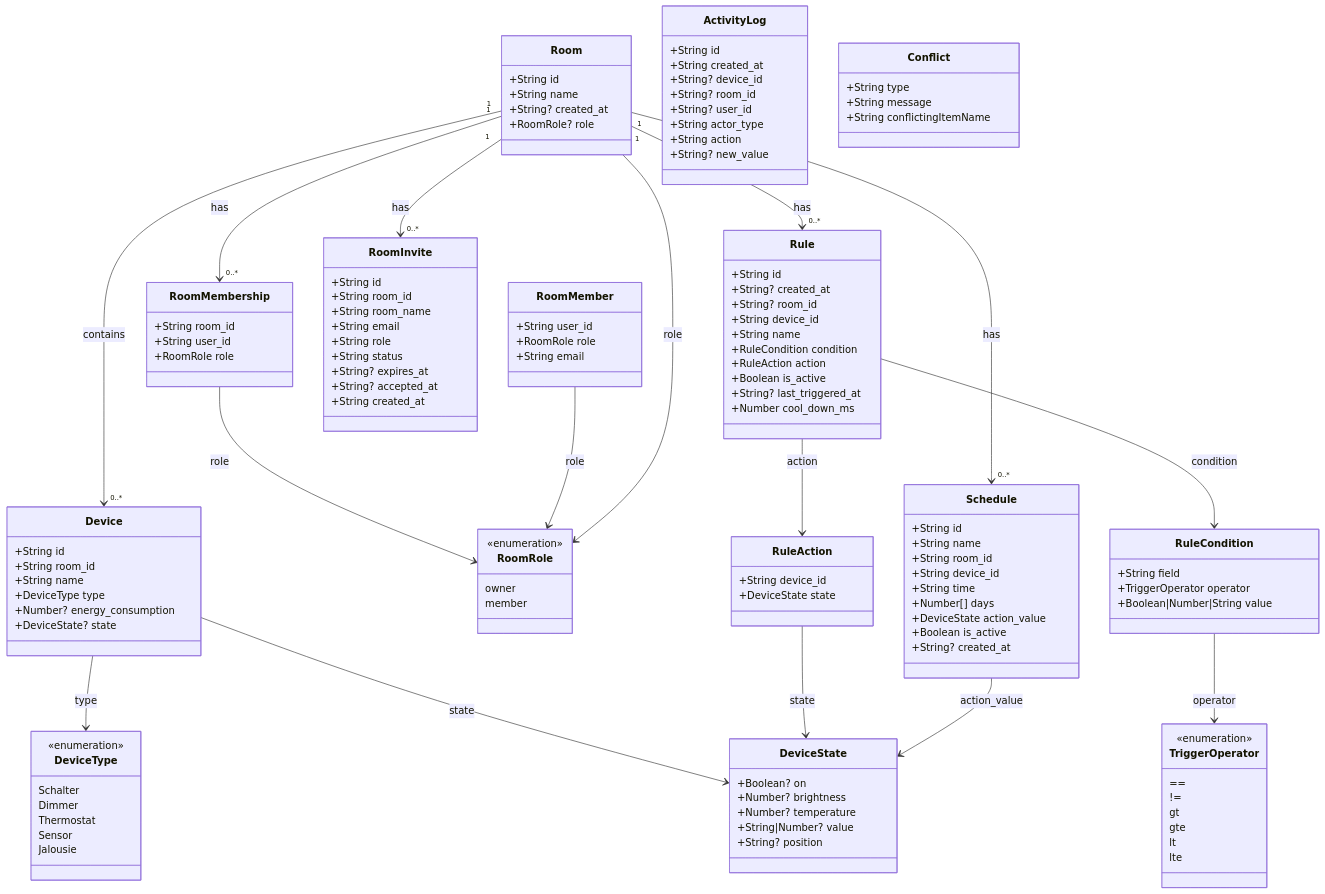
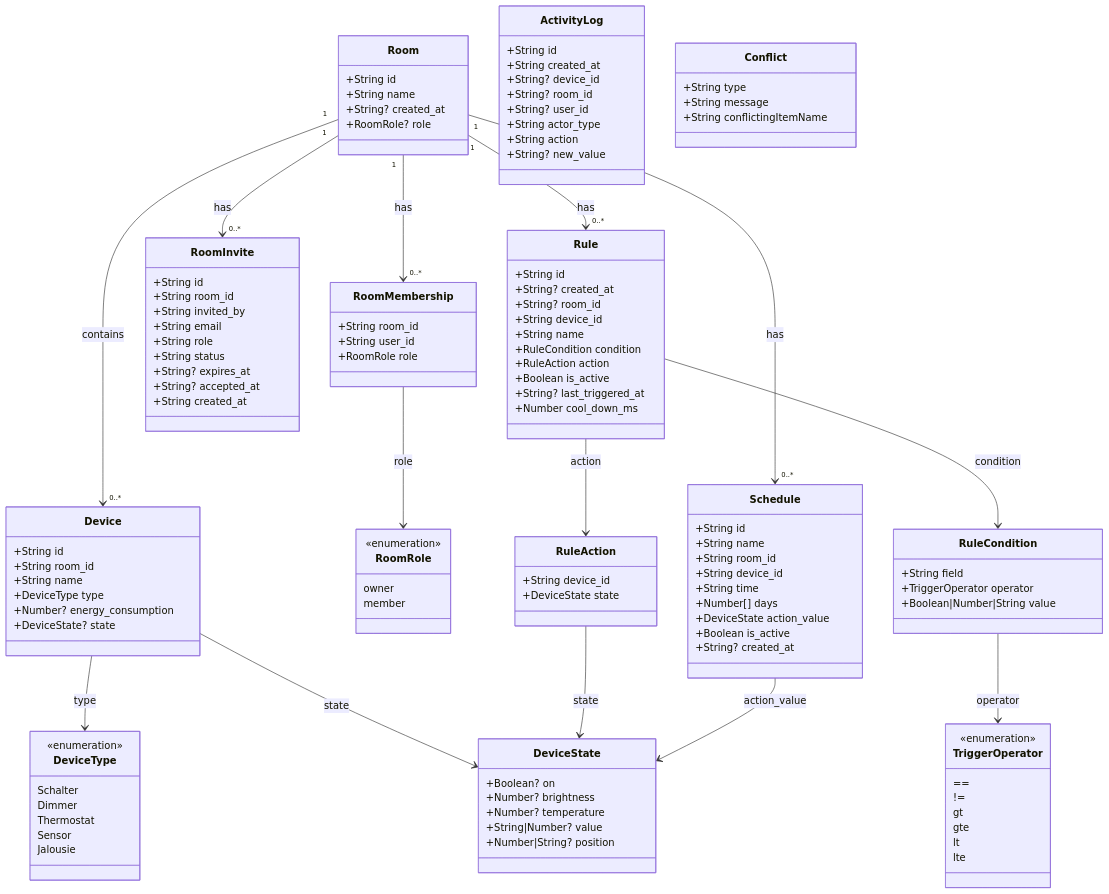
One commit to jku-win-se/teaching-2026.ss.prse.braeuer.team5 changed the fourth of 4 diagrams in docs/uml-diagram.md. Above: the diagram before and after it, drawn with Mermaid. The commit also changed other lines of this file and 37 other files, not shown here.

```diff
--- a/docs/uml-diagram.md
+++ b/docs/uml-diagram.md
@@ -235,7 +234,7 @@
         +Number? brightness
         +Number? temperature
         +String|Number? value
-        +String? position
+        +Number|String? position
     }
 
     class RoomRole {
@@ -250,16 +249,10 @@
         +RoomRole role
     }
 
-    class RoomMember {
-        +String user_id
-        +RoomRole role
-        +String email
-    }
-
     class RoomInvite {
         +String id
         +String room_id
-        +String room_name
+        +String invited_by
         +String email
         +String role
         +String status
@@ -337,8 +330,6 @@
     Room "1" --> "0..*" Rule : has
     Room "1" --> "0..*" Schedule : has
     RoomMembership --> RoomRole : role
-    RoomMember --> RoomRole : role
-    Room --> RoomRole : role
     Device --> DeviceType : type
     Device --> DeviceState : state
     Rule --> RuleCondition : condition
```
